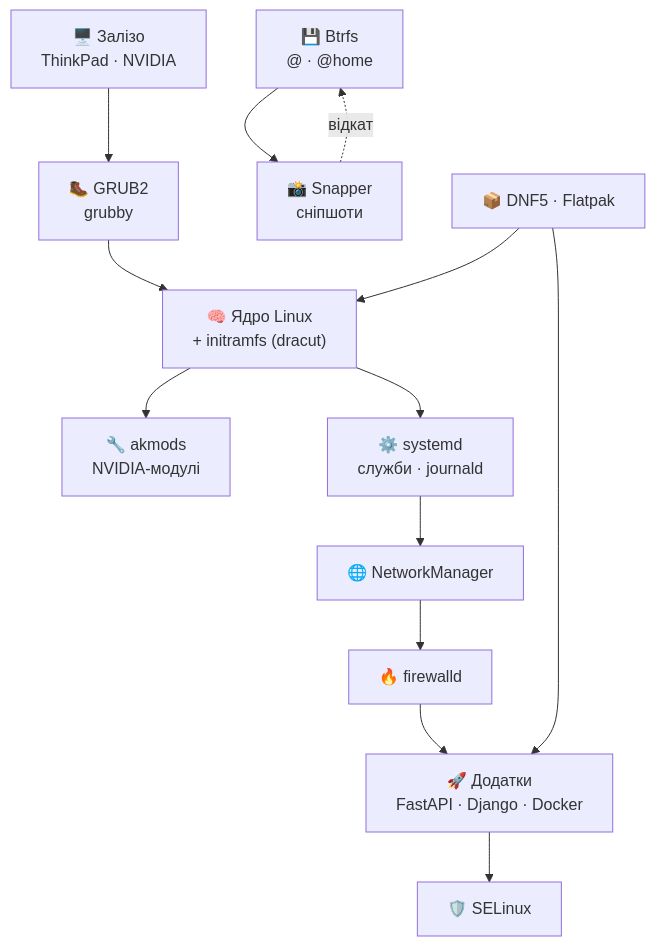
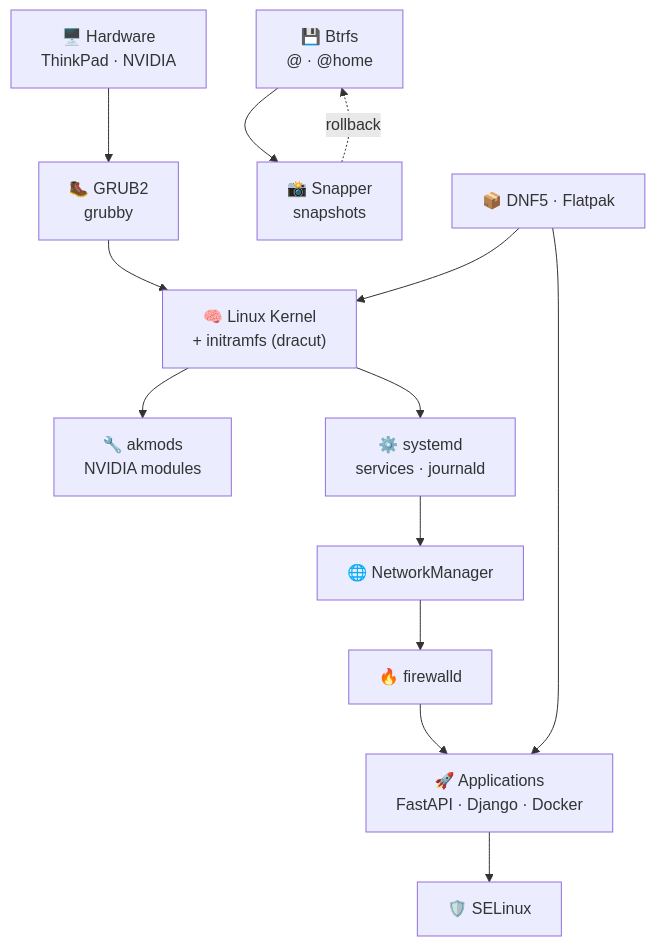
Before and after one commit to andriyevski/python-learning-portfolio: the first of 13 diagrams in commands.md, drawn with Mermaid. The commit also changed other lines of this file and 3 other files, not shown here.

````diff
--- a/commands.md
+++ b/commands.md
@@ -51,15 +54,15 @@
 ```mermaid
 graph TD
-    HW["🖥️ Залізо<br/>ThinkPad · NVIDIA"] --> GRUB["🥾 GRUB2<br/>grubby"]
-    GRUB --> KERNEL["🧠 Ядро Linux<br/>+ initramfs (dracut)"]
-    KERNEL --> AK["🔧 akmods<br/>NVIDIA-модулі"]
-    KERNEL --> SD["⚙️ systemd<br/>служби · journald"]
+    HW["🖥️ Hardware<br/>ThinkPad · NVIDIA"] --> GRUB["🥾 GRUB2<br/>grubby"]
+    GRUB --> KERNEL["🧠 Linux Kernel<br/>+ initramfs (dracut)"]
+    KERNEL --> AK["🔧 akmods<br/>NVIDIA modules"]
+    KERNEL --> SD["⚙️ systemd<br/>services · journald"]
     SD --> NET["🌐 NetworkManager"]
     NET --> FW["🔥 firewalld"]
-    FW --> APPS["🚀 Додатки<br/>FastAPI · Django · Docker"]
+    FW --> APPS["🚀 Applications<br/>FastAPI · Django · Docker"]
     APPS --> SEL["🛡️ SELinux"]
-    FS["💾 Btrfs<br/>@ · @home"] --> SNAP["📸 Snapper<br/>сніпшоти"]
+    FS["💾 Btrfs<br/>@ · @home"] --> SNAP["📸 Snapper<br/>snapshots"]
     PKG["📦 DNF5 · Flatpak"] --> KERNEL
     PKG --> APPS
-    SNAP -. "відкат" .-> FS
+    SNAP -. "rollback" .-> FS
 ```
````
